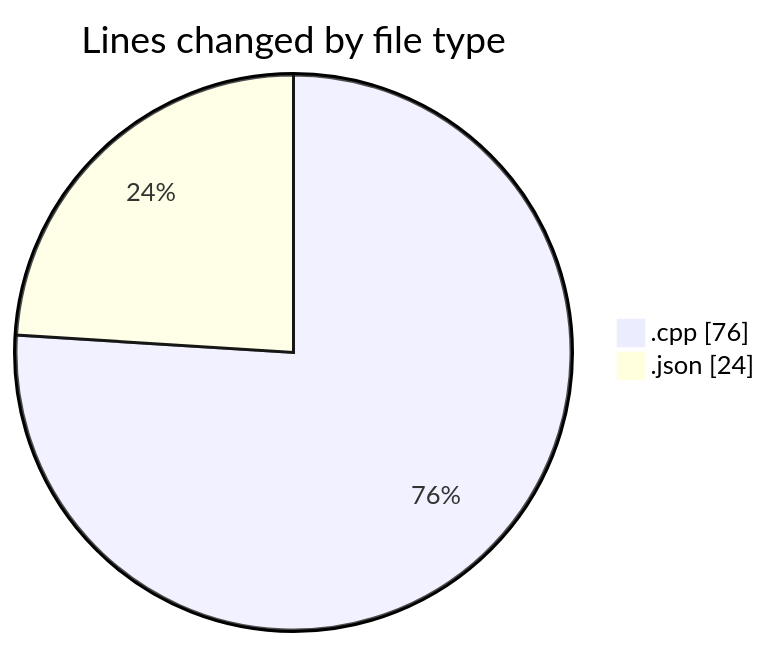
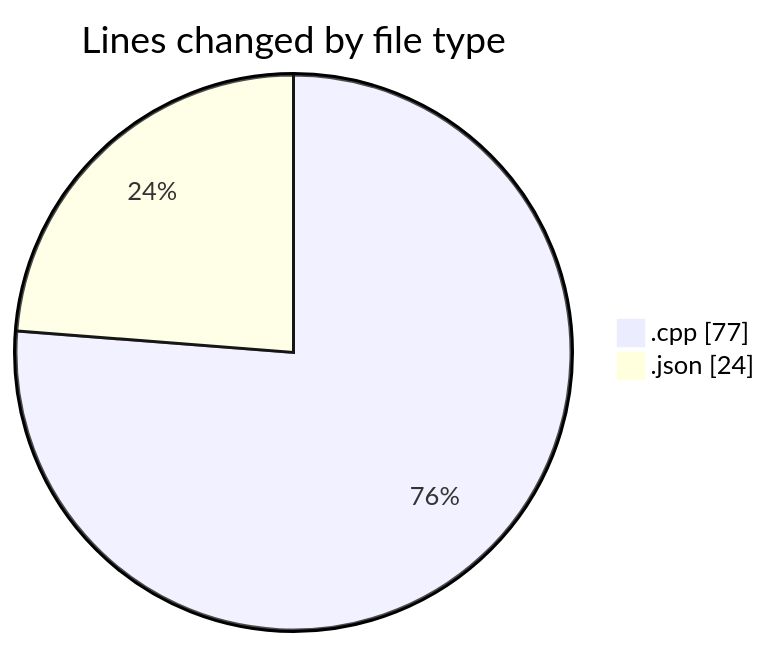
Before and after one commit to Netris89/code-tracking: the first of 2 diagrams in 2025-03-30/echo/README.md, drawn with Mermaid. The commit also changed other lines of this file and 1 other file, not shown here.

````diff
--- a/2025-03-30/echo/README.md
+++ b/2025-03-30/echo/README.md
@@ -21,6 +21,6 @@
 ```mermaid
 pie showData
 title Lines changed by file type
-".cpp" : 76
+".cpp" : 77
 ".json" : 24
 ```
````
